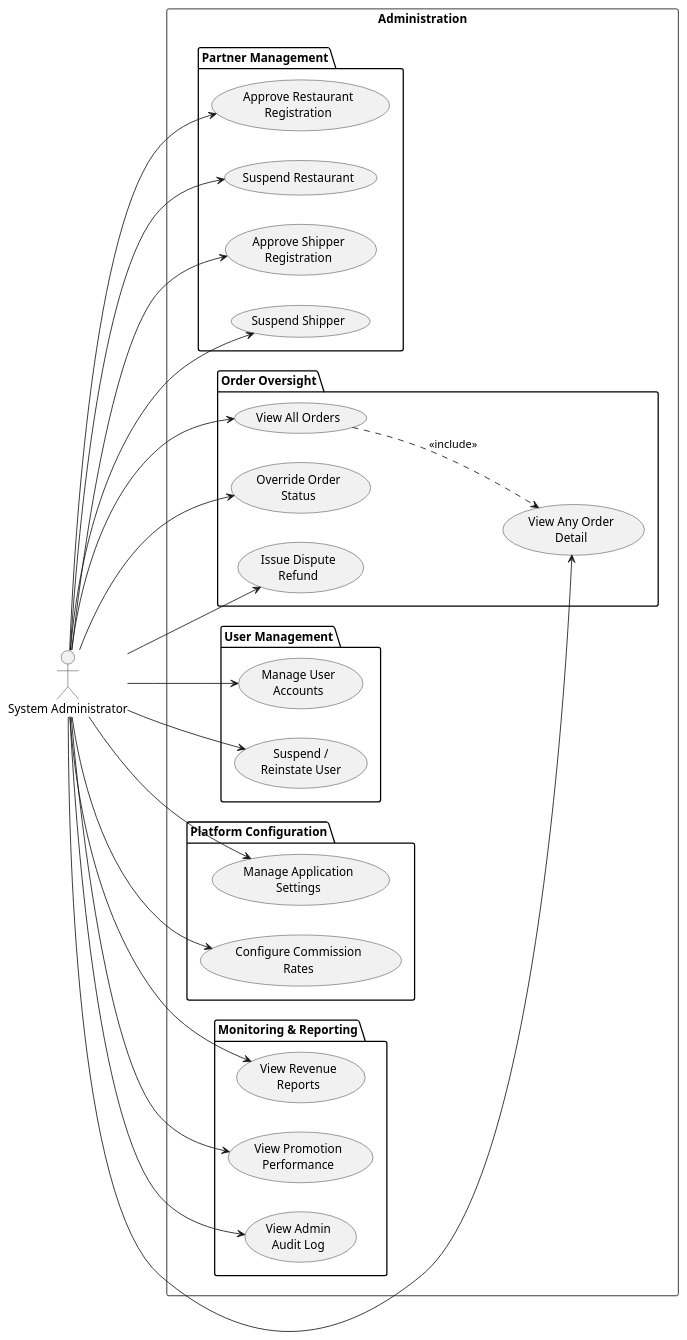
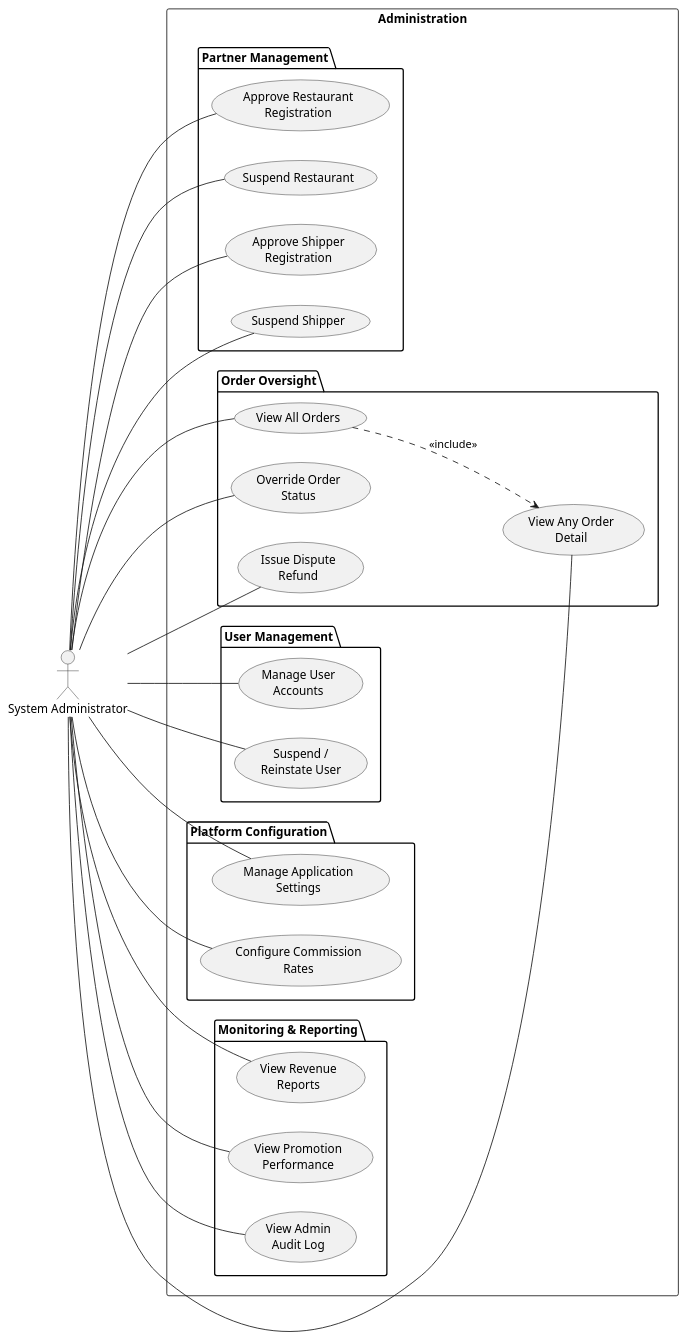
Before and after one commit to luubinhdeptrai/Food_Delivery: diagram 11 of 13 in apps/api/docs/Final_Documents/USE_CASE_SPECIFICATION.md, drawn with PlantUML. The commit also changed other lines of this file, not shown here.

````diff
--- a/apps/api/docs/Final_Documents/USE_CASE_SPECIFICATION.md
+++ b/apps/api/docs/Final_Documents/USE_CASE_SPECIFICATION.md
@@ -660,75 +660,75 @@
 ```plantuml
 @startuml AdminDiagram
 left to right direction
 skinparam shadowing false
 
 actor "System Administrator" as Admin
 
 rectangle "Administration" {
 
   package "Partner Management" {
 
     usecase "Approve Restaurant\nRegistration" as UC_ADMIN_01
 
     usecase "Suspend Restaurant" as UC_ADMIN_02
 
     usecase "Approve Shipper\nRegistration" as UC_ADMIN_03
 
     usecase "Suspend Shipper" as UC_ADMIN_04
   }
 
   package "Order Oversight" {
 
     usecase "View All Orders" as UC_ADMIN_05
 
     usecase "View Any Order\nDetail" as UC_ADMIN_06
 
     usecase "Override Order\nStatus" as UC_ADMIN_07
 
     usecase "Issue Dispute\nRefund" as UC_ADMIN_08
   }
 
   package "User Management" {
 
     usecase "Manage User\nAccounts" as UC_ADMIN_10
 
     usecase "Suspend /\nReinstate User" as UC_ADMIN_11
   }
 
   package "Platform Configuration" {
 
     usecase "Manage Application\nSettings" as UC_ADMIN_09
 
     usecase "Configure Commission\nRates" as UC_ADMIN_15
   }
 
   package "Monitoring & Reporting" {
 
     usecase "View Revenue\nReports" as UC_ADMIN_12
 
     usecase "View Promotion\nPerformance" as UC_ADMIN_13
 
     usecase "View Admin\nAudit Log" as UC_ADMIN_14
   }
 }
 
-Admin --> UC_ADMIN_01
-Admin --> UC_ADMIN_02
-Admin --> UC_ADMIN_03
-Admin --> UC_ADMIN_04
-Admin --> UC_ADMIN_05
-Admin --> UC_ADMIN_06
-Admin --> UC_ADMIN_07
-Admin --> UC_ADMIN_08
-Admin --> UC_ADMIN_09
-Admin --> UC_ADMIN_10
-Admin --> UC_ADMIN_11
-Admin --> UC_ADMIN_12
-Admin --> UC_ADMIN_13
-Admin --> UC_ADMIN_14
-Admin --> UC_ADMIN_15
+Admin -- UC_ADMIN_01
+Admin -- UC_ADMIN_02
+Admin -- UC_ADMIN_03
+Admin -- UC_ADMIN_04
+Admin -- UC_ADMIN_05
+Admin -- UC_ADMIN_06
+Admin -- UC_ADMIN_07
+Admin -- UC_ADMIN_08
+Admin -- UC_ADMIN_09
+Admin -- UC_ADMIN_10
+Admin -- UC_ADMIN_11
+Admin -- UC_ADMIN_12
+Admin -- UC_ADMIN_13
+Admin -- UC_ADMIN_14
+Admin -- UC_ADMIN_15
 
 UC_ADMIN_05 ..> UC_ADMIN_06 : <<include>>
 
 @enduml
 ```
````
